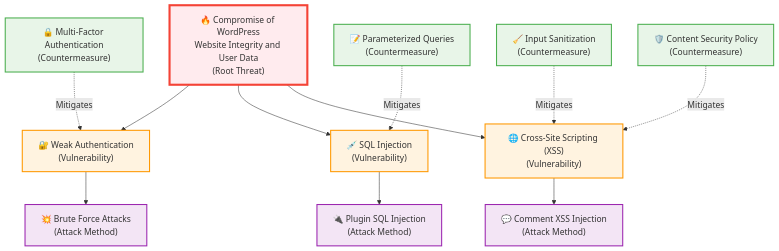
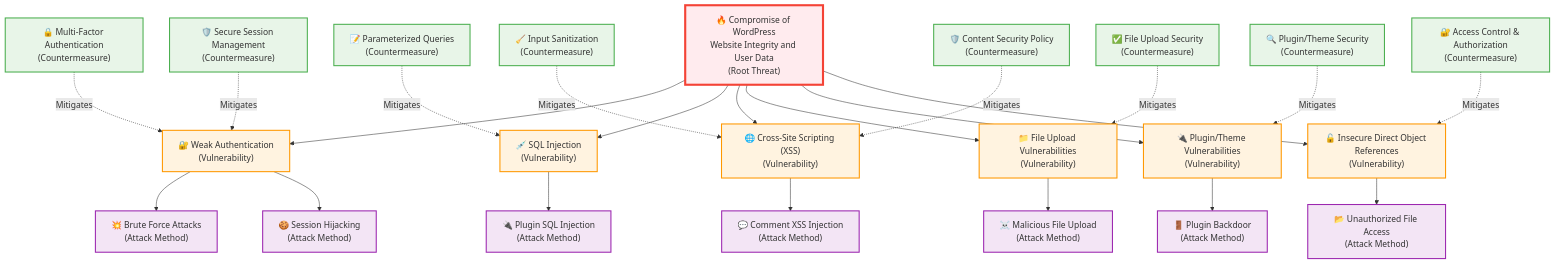
The second of 3 diagrams in L04-Submission.md (TRUPALIX9/study-reports), drawn with Mermaid before and after one commit. The commit also changed other lines of this file and 1 other file, not shown here.

First line of the commit message:
Corrected diagrams to meet exact assignment requirements

````diff
--- a/L04-Submission.md
+++ b/L04-Submission.md
@@ -123,48 +221,70 @@
 ```mermaid
 graph TD
     %% Root Threat
     Root["🔥 Compromise of WordPress<br/>Website Integrity and User Data<br/>(Root Threat)"]
     
-    %% Level 1 - Vulnerabilities
+    %% Level 1 - Enhanced Vulnerabilities
     WeakAuth["🔐 Weak Authentication<br/>(Vulnerability)"]
     SQLInj["💉 SQL Injection<br/>(Vulnerability)"]
     XSS["🌐 Cross-Site Scripting (XSS)<br/>(Vulnerability)"]
+    FileUpload["📁 File Upload Vulnerabilities<br/>(Vulnerability)"]
+    PluginVuln["🔌 Plugin/Theme Vulnerabilities<br/>(Vulnerability)"]
+    IDOR["🔓 Insecure Direct Object References<br/>(Vulnerability)"]
     
     %% Level 2 - Specific Attack Methods
     BruteForce["💥 Brute Force Attacks<br/>(Attack Method)"]
+    SessionHijack["🍪 Session Hijacking<br/>(Attack Method)"]
     PluginSQLi["🔌 Plugin SQL Injection<br/>(Attack Method)"]
     CommentXSS["💬 Comment XSS Injection<br/>(Attack Method)"]
+    MaliciousUpload["☠️ Malicious File Upload<br/>(Attack Method)"]
+    PluginBackdoor["🚪 Plugin Backdoor<br/>(Attack Method)"]
+    FileAccess["📂 Unauthorized File Access<br/>(Attack Method)"]
     
-    %% Countermeasures
+    %% Enhanced Countermeasures
     MFA["🔒 Multi-Factor Authentication<br/>(Countermeasure)"]
+    SessionMgmt["🛡️ Secure Session Management<br/>(Countermeasure)"]
     ParamQueries["📝 Parameterized Queries<br/>(Countermeasure)"]
     InputSanit["🧹 Input Sanitization<br/>(Countermeasure)"]
     CSP["🛡️ Content Security Policy<br/>(Countermeasure)"]
+    FileValidation["✅ File Upload Security<br/>(Countermeasure)"]
+    PluginSecurity["🔍 Plugin/Theme Security<br/>(Countermeasure)"]
+    AccessControl["🔐 Access Control & Authorization<br/>(Countermeasure)"]
     
     %% Connections - Root to Vulnerabilities
     Root --> WeakAuth
     Root --> SQLInj
     Root --> XSS
+    Root --> FileUpload
+    Root --> PluginVuln
+    Root --> IDOR
     
     %% Connections - Vulnerabilities to Attack Methods
     WeakAuth --> BruteForce
+    WeakAuth --> SessionHijack
     SQLInj --> PluginSQLi
     XSS --> CommentXSS
+    FileUpload --> MaliciousUpload
+    PluginVuln --> PluginBackdoor
+    IDOR --> FileAccess
     
     %% Countermeasures mapped to vulnerabilities
     MFA -.->|"Mitigates"| WeakAuth
+    SessionMgmt -.->|"Mitigates"| WeakAuth
     ParamQueries -.->|"Mitigates"| SQLInj
     InputSanit -.->|"Mitigates"| XSS
     CSP -.->|"Mitigates"| XSS
+    FileValidation -.->|"Mitigates"| FileUpload
+    PluginSecurity -.->|"Mitigates"| PluginVuln
+    AccessControl -.->|"Mitigates"| IDOR
     
     %% Styling
     classDef root fill:#ffebee,stroke:#f44336,stroke-width:4px
     classDef vulnerability fill:#fff3e0,stroke:#ff9800,stroke-width:2px
     classDef attack fill:#f3e5f5,stroke:#9c27b0,stroke-width:2px
     classDef countermeasure fill:#e8f5e8,stroke:#4caf50,stroke-width:2px
     
     class Root root
-    class WeakAuth,SQLInj,XSS vulnerability
-    class BruteForce,PluginSQLi,CommentXSS attack
-    class MFA,ParamQueries,InputSanit,CSP countermeasure
+    class WeakAuth,SQLInj,XSS,FileUpload,PluginVuln,IDOR vulnerability
+    class BruteForce,SessionHijack,PluginSQLi,CommentXSS,MaliciousUpload,PluginBackdoor,FileAccess attack
+    class MFA,SessionMgmt,ParamQueries,InputSanit,CSP,FileValidation,PluginSecurity,AccessControl countermeasure
 ```
````
